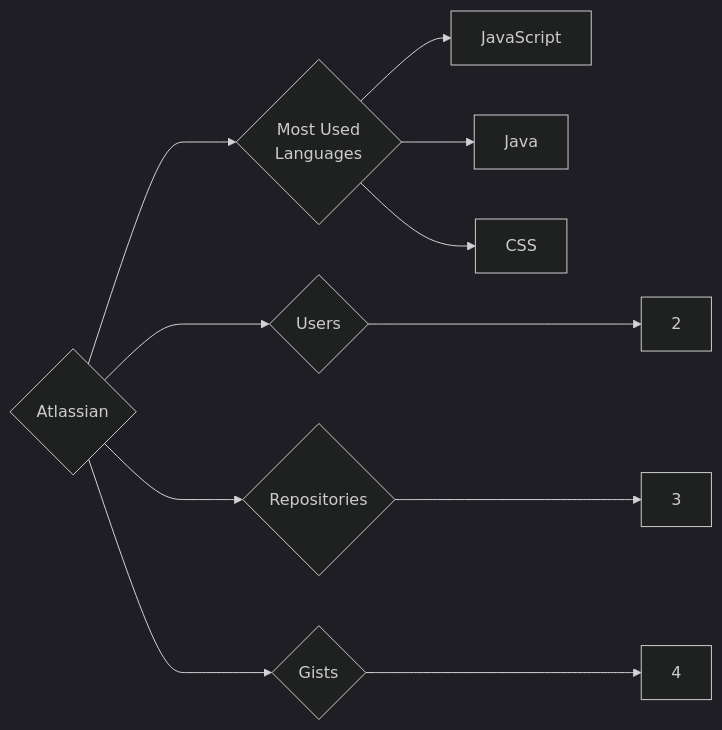
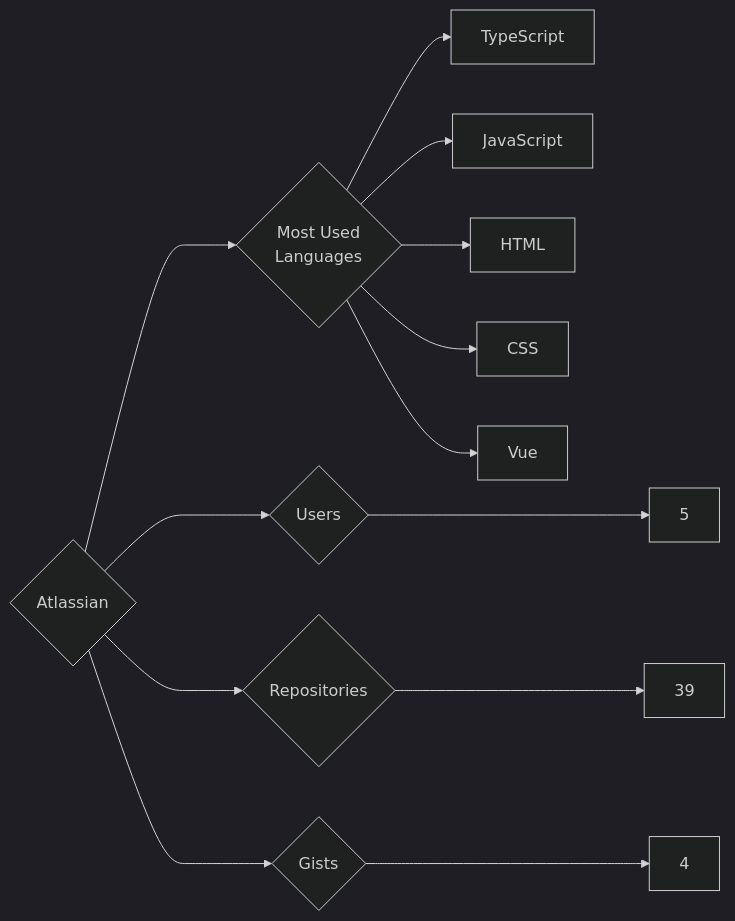
The diagram in targets/Atlassian/README.md (trickest/insiders), drawn with Mermaid (dark theme) before and after one commit. The commit also changed 618 other files, not shown here.

````diff
--- a/targets/Atlassian/README.md
+++ b/targets/Atlassian/README.md
@@ -3,11 +3,13 @@
 ```mermaid
 graph LR
 COMPANY_NAME{Atlassian}
-COMPANY_NAME ---> U{Users} ---> UN[2]
-COMPANY_NAME ---> R{Repositories} ---> RN[3]
+COMPANY_NAME ---> U{Users} ---> UN[5]
+COMPANY_NAME ---> R{Repositories} ---> RN[39]
 COMPANY_NAME ---> G{Gists} ---> GN[4]
 COMPANY_NAME ---> ML{Most Used<br>Languages}
+ML --> TypeScript[TypeScript]
 ML --> JavaScript[JavaScript]
-ML --> Java[Java]
+ML --> HTML[HTML]
 ML --> CSS[CSS]
+ML --> Vue[Vue]
 ```
````
